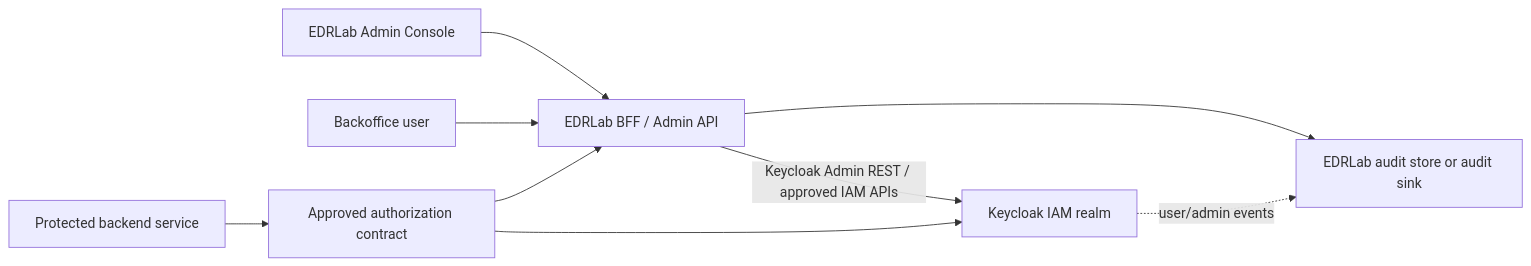
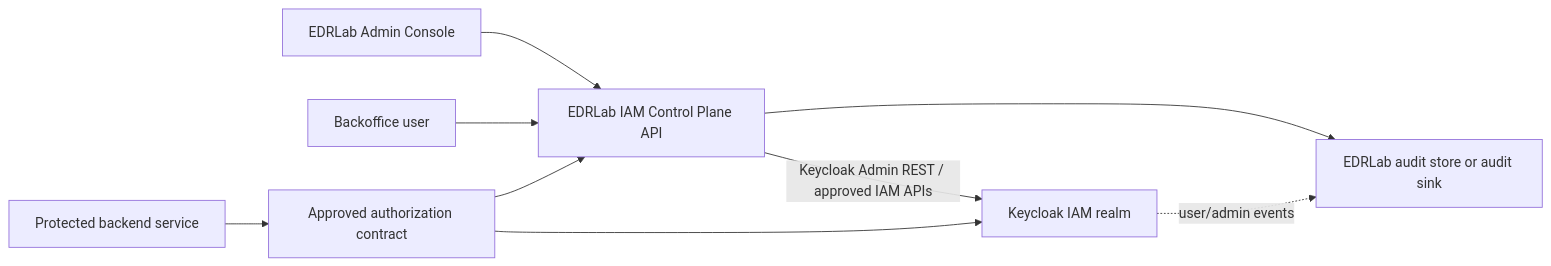
The diagram in docs/architecture/keycloak-iam-bff-scope.md (panaC/edrlab-backoffice-auth-study), drawn with Mermaid before and after one commit. The commit also changed other lines of this file and 20 other files, not shown here.

Commit message:
Document Keycloak IAM control plane API validation updates

````diff
--- a/docs/architecture/keycloak-iam-bff-scope.md
+++ b/docs/architecture/keycloak-iam-bff-scope.md
@@ -32,11 +34,11 @@
 ```mermaid
 flowchart LR
-  AdminUI["EDRLab Admin Console"] --> BFF["EDRLab BFF / Admin API"]
-  BFF -->|"Keycloak Admin REST / approved IAM APIs"| Keycloak["Keycloak IAM realm"]
-  Browser["Backoffice user"] --> BFF
+  AdminUI["EDRLab Admin Console"] --> ControlPlane["EDRLab IAM Control Plane API"]
+  ControlPlane -->|"Keycloak Admin REST / approved IAM APIs"| Keycloak["Keycloak IAM realm"]
+  Browser["Backoffice user"] --> ControlPlane
   Service["Protected backend service"] --> Authz["Approved authorization contract"]
-  Authz --> BFF
+  Authz --> ControlPlane
   Authz --> Keycloak
-  BFF --> Audit["EDRLab audit store or audit sink"]
+  ControlPlane --> Audit["EDRLab audit store or audit sink"]
   Keycloak -. "user/admin events" .-> Audit
 ```
````
